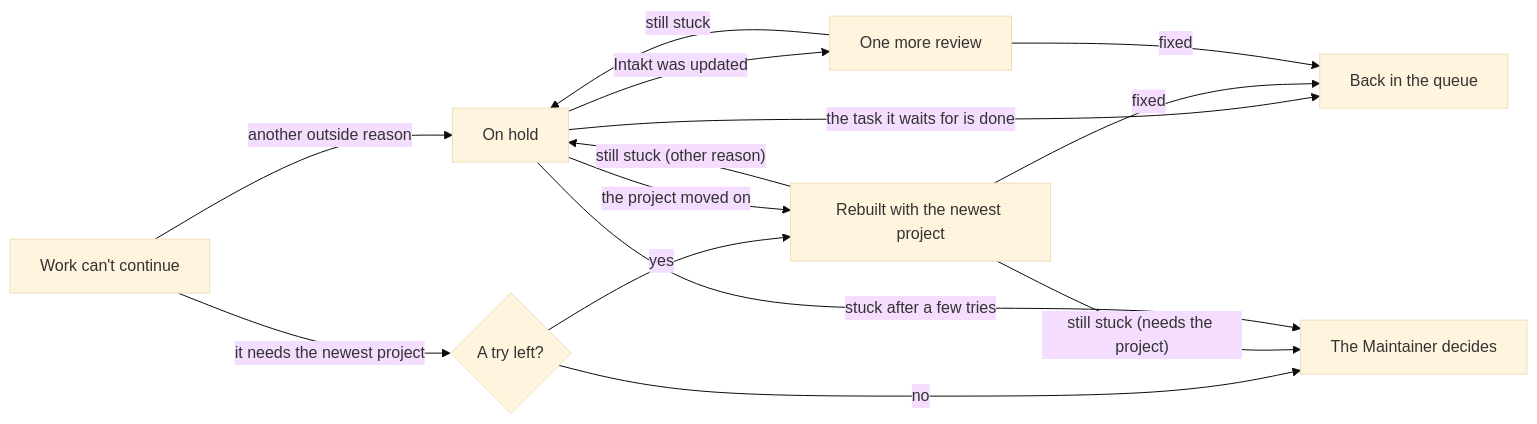
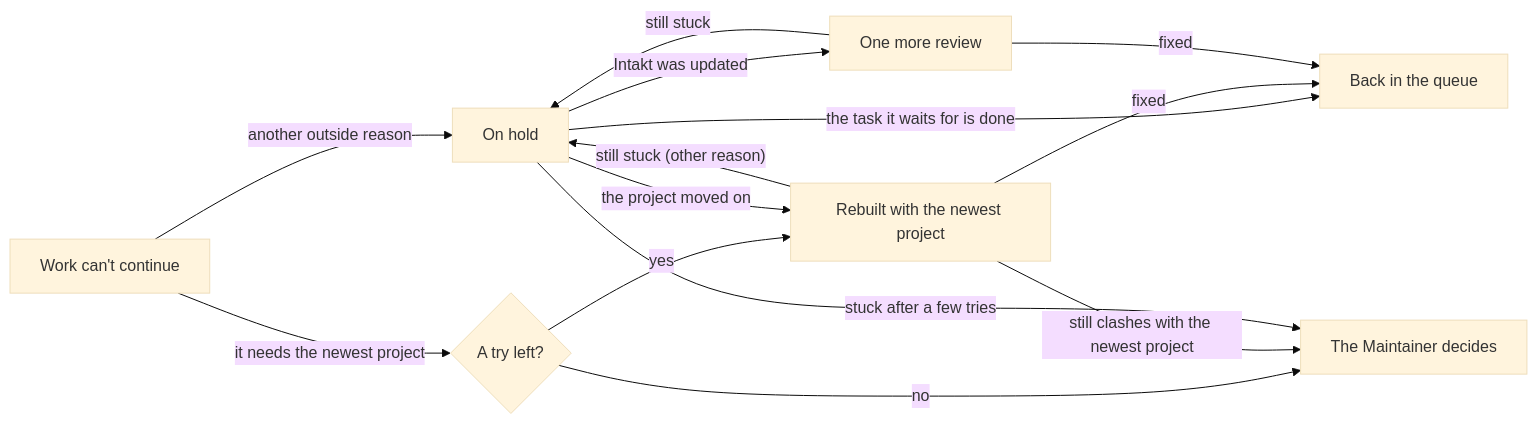
The fifth of 6 diagrams in docs/guide/how-intakt-works.md (shinyredapples/intakt), drawn with Mermaid (base theme) before and after one commit. The commit also changed 7 other files, not shown here.

````diff
--- a/docs/guide/how-intakt-works.md
+++ b/docs/guide/how-intakt-works.md
@@ -139,16 +139,16 @@
 ```mermaid
 flowchart LR
   w[Work can't continue] -- "another outside reason" --> h[On hold]
   w -- "it needs the newest project" --> left{A try left?}
   left -- yes --> rebuild
   left -- no --> m
   h -- "the task it waits for is done" --> go[Back in the queue]
   h -- "the project moved on" --> rebuild[Rebuilt with the newest project]
   h -- "Intakt was updated" --> retry[One more review]
   rebuild -- fixed --> go
   retry -- fixed --> go
-  rebuild -- "still stuck (needs the project)" --> m
+  rebuild -- "still clashes with the newest project" --> m
   rebuild -- "still stuck (other reason)" --> h
   retry -- still stuck --> h
   h -- "stuck after a few tries" --> m[The Maintainer decides]
 ```
````
